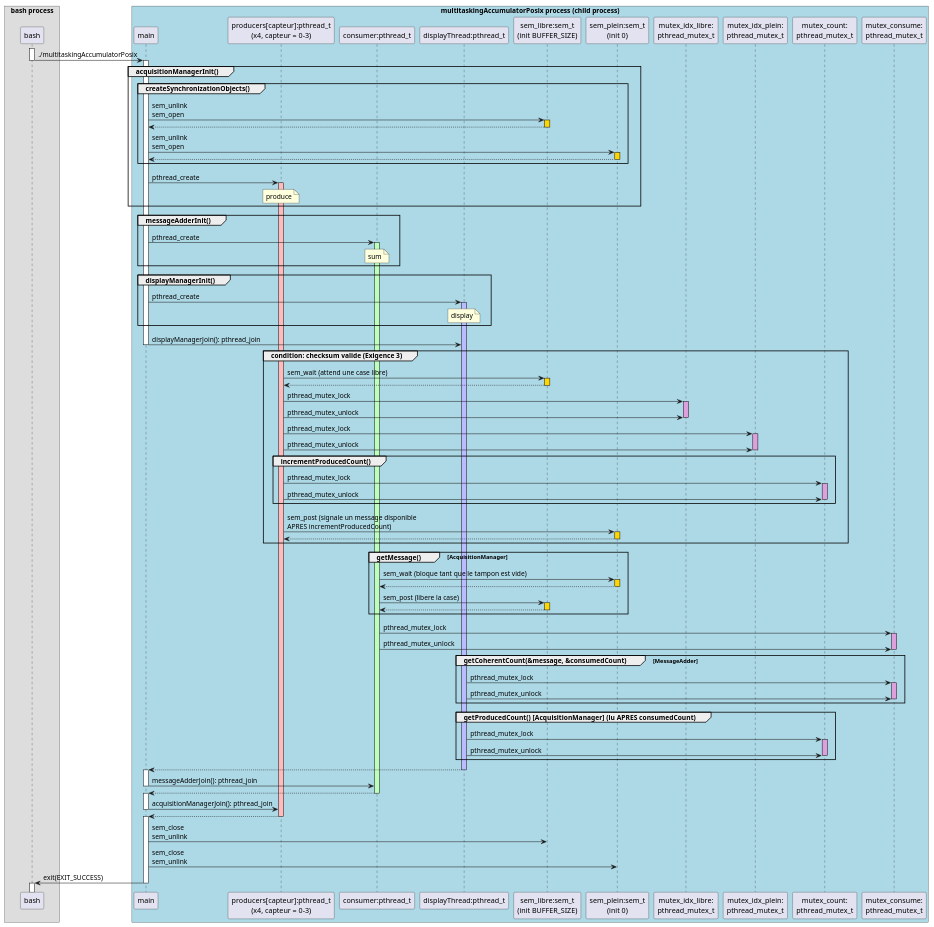
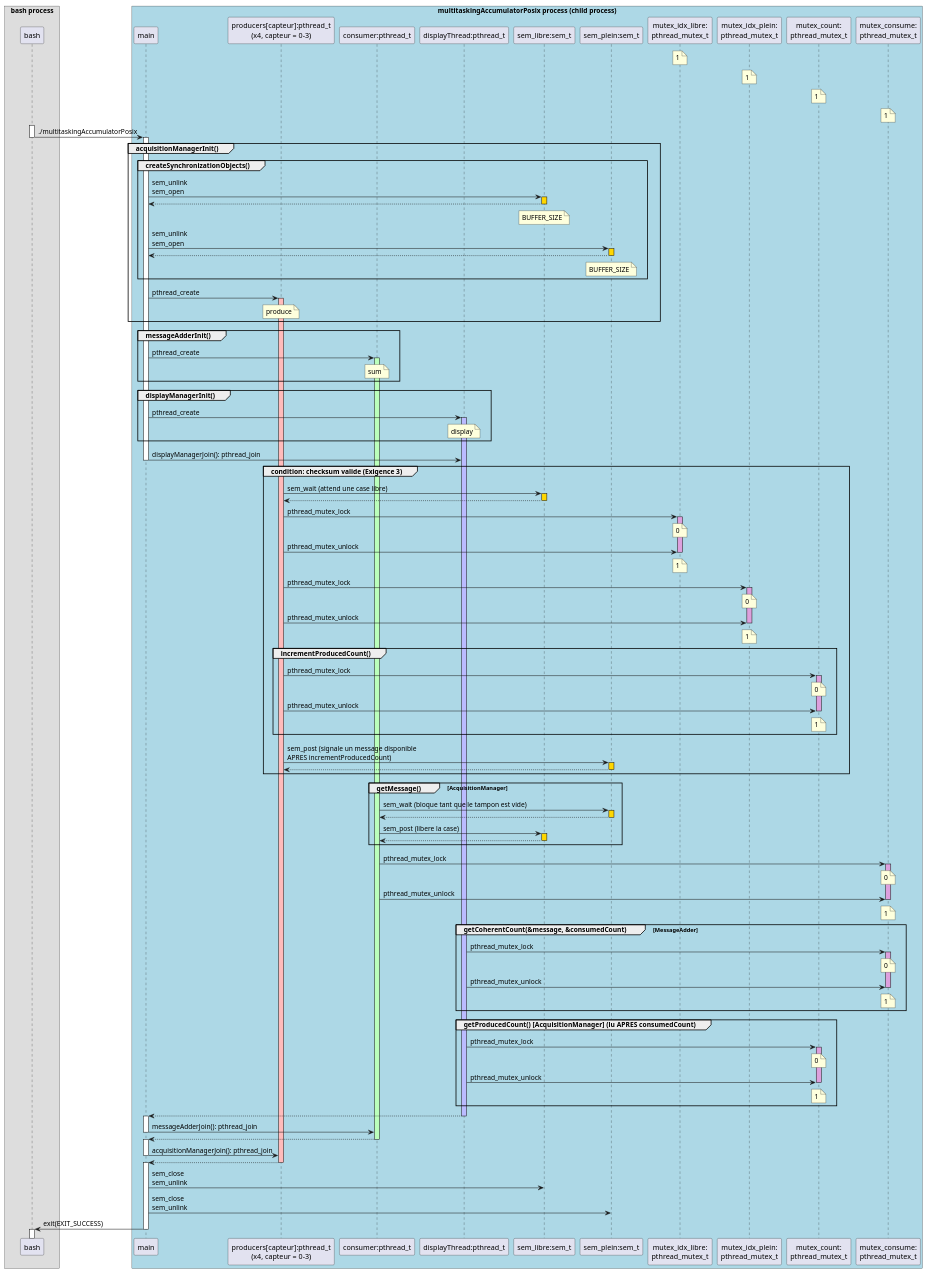
One commit to uItimatech/multitasking_training_practical_work changed the diagram in exercice-1/diagrams/sequenceDiagram.puml. Above: the diagram before and after it, drawn with PlantUML. The commit also changed 2 other files, not shown here.

```diff
--- a/exercice-1/diagrams/sequenceDiagram.puml
+++ b/exercice-1/diagrams/sequenceDiagram.puml
@@ -1,110 +1,130 @@
 @startuml
 !pragma teoz true
 box "bash process"
 participant bash
 end box
 
 box "multitaskingAccumulatorPosix process (child process)" #lightblue
 participant "main" as main
 participant "producers[capteur]:pthread_t\n(x4, capteur = 0-3)" as prod
 participant "consumer:pthread_t" as cons
 participant "displayThread:pthread_t" as disp
-participant "sem_libre:sem_t\n(init BUFFER_SIZE)" as semLibre
-participant "sem_plein:sem_t\n(init 0)" as semPlein
+participant "sem_libre:sem_t" as semLibre
+participant "sem_plein:sem_t" as semPlein
 participant "mutex_idx_libre:\npthread_mutex_t" as mLibre
 participant "mutex_idx_plein:\npthread_mutex_t" as mPlein
 participant "mutex_count:\npthread_mutex_t" as mCount
 participant "mutex_consume:\npthread_mutex_t" as mConsume
 end box
+
+note over mLibre: 1
+note over mPlein: 1
+note over mCount: 1
+note over mConsume: 1
+
 
 activate bash
 bash -> main --++ : ./multitaskingAccumulatorPosix
 
 group acquisitionManagerInit()
 group createSynchronizationObjects()
 main -> semLibre : sem_unlink\nsem_open
 activate semLibre #gold
 return
+note over semLibre: BUFFER_SIZE
 main -> semPlein : sem_unlink\nsem_open
 activate semPlein #gold
 return
+note over semPlein: BUFFER_SIZE
 end
 main -> prod : pthread_create
 activate prod #FFBBBB
 note over prod : produce
 end
 group messageAdderInit()
 main -> cons : pthread_create
 activate cons #BBFFBB
 note over cons : sum
 end
 group displayManagerInit()
 main -> disp : pthread_create
 activate disp #BBBBFF
 note over disp : display
 end
 main -> disp : displayManagerJoin(): pthread_join
 deactivate main
 
 group condition: checksum valide (Exigence 3)
 prod -> semLibre : sem_wait (attend une case libre)
 activate semLibre #gold
 return
 prod -> mLibre : pthread_mutex_lock
+note over mLibre: 0
 activate mLibre #plum
 prod -> mLibre : pthread_mutex_unlock
 deactivate mLibre
+note over mLibre: 1
 prod -> mPlein : pthread_mutex_lock
+note over mPlein: 0
 activate mPlein #plum
 prod -> mPlein : pthread_mutex_unlock
 deactivate mPlein
+note over mPlein: 1
 group incrementProducedCount()
 prod -> mCount : pthread_mutex_lock
+note over mCount: 0
 activate mCount #plum
 prod -> mCount : pthread_mutex_unlock
 deactivate mCount
+note over mCount: 1
 end
 prod -> semPlein : sem_post (signale un message disponible\nAPRES incrementProducedCount)
 activate semPlein #gold
 return
 end
 group getMessage()  [AcquisitionManager]
 cons -> semPlein : sem_wait (bloque tant que le tampon est vide)
 activate semPlein #gold
 return
 cons -> semLibre : sem_post (libere la case)
 activate semLibre #gold
 return
 end
 cons -> mConsume : pthread_mutex_lock
+note over mConsume: 0
 activate mConsume #plum
 cons -> mConsume : pthread_mutex_unlock
 deactivate mConsume
+note over mConsume: 1
 group getCoherentCount(&message, &consumedCount)  [MessageAdder]
 disp -> mConsume : pthread_mutex_lock
+note over mConsume: 0
 activate mConsume #plum
 disp -> mConsume : pthread_mutex_unlock
 deactivate mConsume
+note over mConsume: 1
 end
 group getProducedCount()  [AcquisitionManager] (lu APRES consumedCount)
 disp -> mCount : pthread_mutex_lock
+note over mCount: 0
 activate mCount #plum
 disp -> mCount : pthread_mutex_unlock
 deactivate mCount
+note over mCount: 1
 end
 
 disp --> main --++
 deactivate disp
 main -> cons : messageAdderJoin(): pthread_join
 deactivate main
 cons --> main --++
 deactivate cons
 main -> prod : acquisitionManagerJoin(): pthread_join
 deactivate main
 prod --> main --++
 deactivate prod
 main -> semLibre : sem_close\nsem_unlink
 main -> semPlein : sem_close\nsem_unlink
 main -> bash --++ : exit(EXIT_SUCCESS)
 
 @enduml
```
